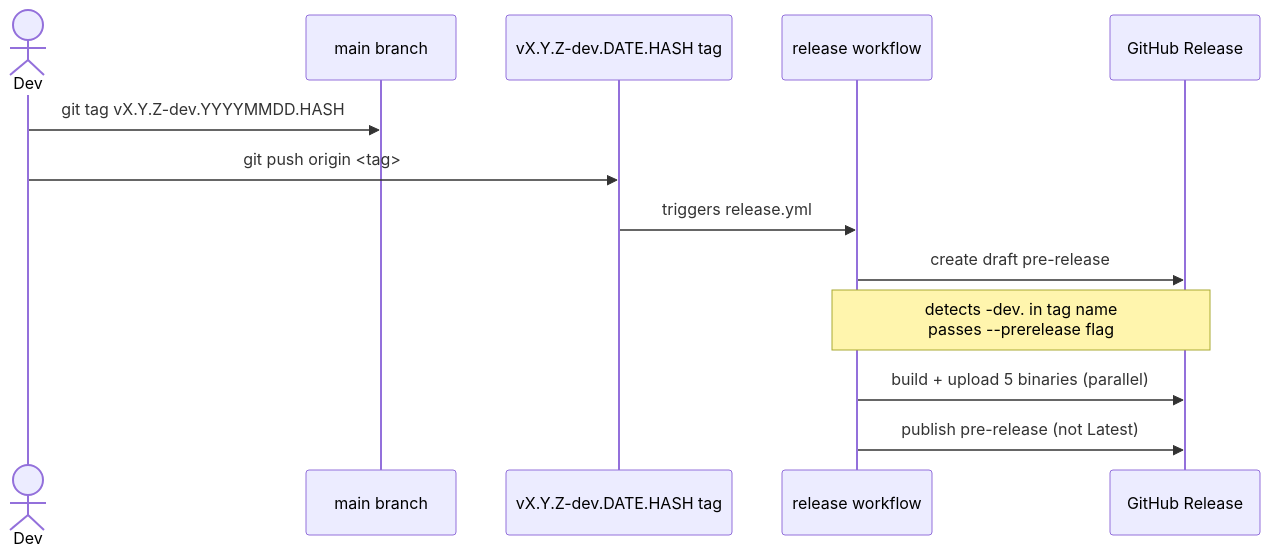
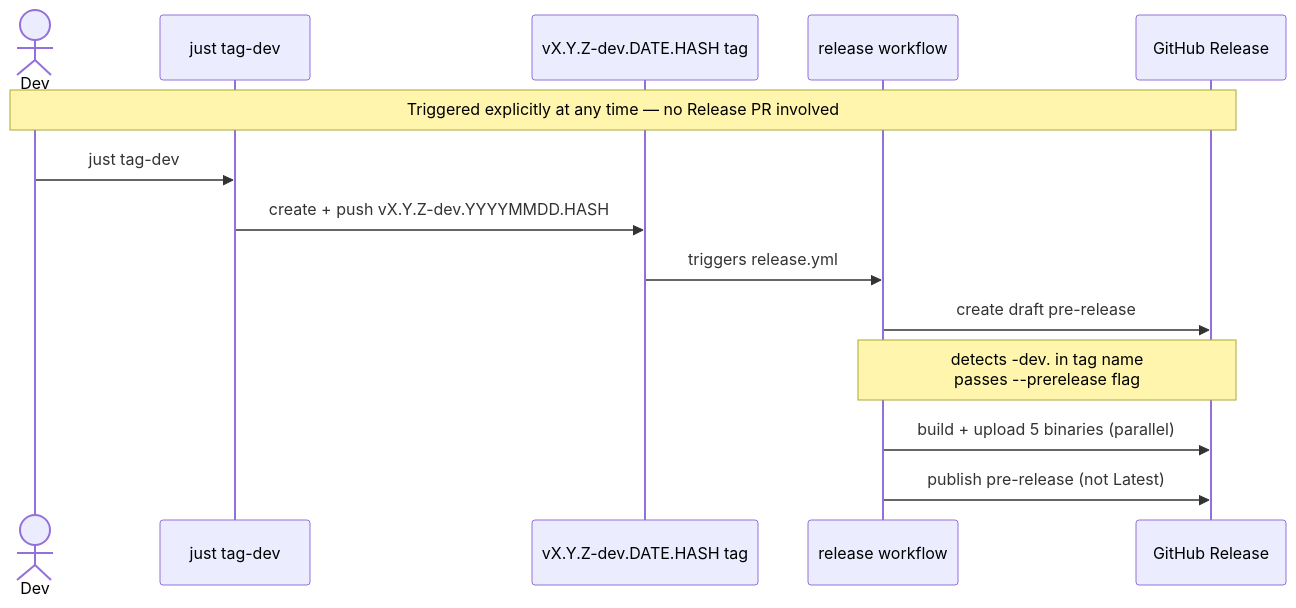
The second of 2 diagrams in docs/adr/001-release-automation.md (thompsonson/dev), drawn with Mermaid before and after one commit. The commit also changed other lines of this file, not shown here.

Commit message:
docs: update ADR 001 — manual trigger via just release-stable, revised sequence diagrams

````diff
--- a/docs/adr/001-release-automation.md
+++ b/docs/adr/001-release-automation.md
@@ -85,16 +87,18 @@
 ```mermaid
 sequenceDiagram
     actor Dev
-    participant main as main branch
+    participant J as just tag-dev
     participant tag as vX.Y.Z-dev.DATE.HASH tag
     participant RW as release workflow
     participant GHR as GitHub Release
 
-    Dev->>main: git tag vX.Y.Z-dev.YYYYMMDD.HASH
-    Dev->>tag: git push origin <tag>
+    Note over Dev,GHR: Triggered explicitly at any time — no Release PR involved
+
+    Dev->>J: just tag-dev
+    J->>tag: create + push vX.Y.Z-dev.YYYYMMDD.HASH
     tag->>RW: triggers release.yml
     RW->>GHR: create draft pre-release
     Note over RW,GHR: detects -dev. in tag name<br/>passes --prerelease flag
     RW->>GHR: build + upload 5 binaries (parallel)
     RW->>GHR: publish pre-release (not Latest)
 ```
````
